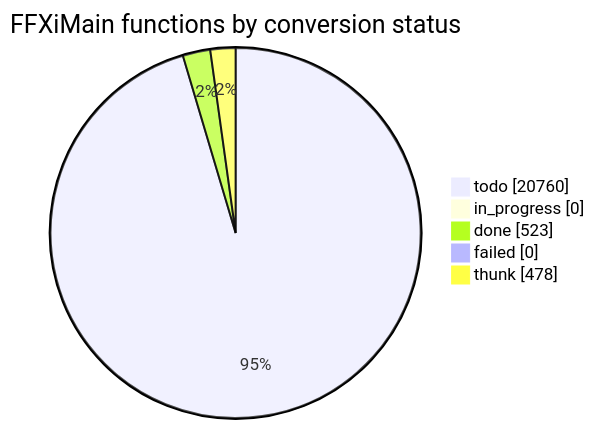
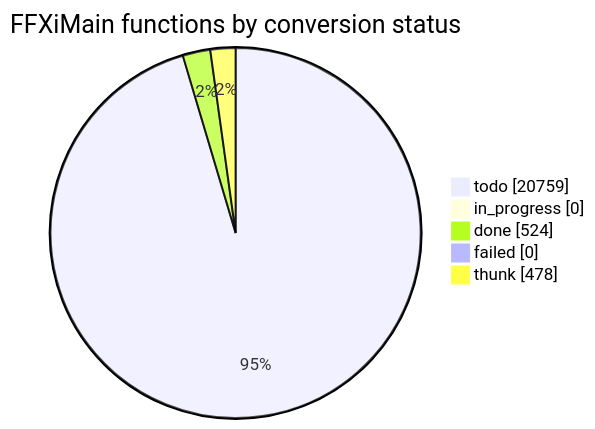
One commit to cowrevenge/cow_kuluu_xi_anything changed the diagram in docs/cow/STATUS.md. Above: the diagram before and after it, drawn with Mermaid. The commit also changed other lines of this file and 9 other files, not shown here.

````diff
--- a/docs/cow/STATUS.md
+++ b/docs/cow/STATUS.md
@@ -18,9 +18,9 @@
 ```mermaid
 pie showData
     title FFXiMain functions by conversion status
-    "todo" : 20760
+    "todo" : 20759
     "in_progress" : 0
-    "done" : 523
+    "done" : 524
     "failed" : 0
     "thunk" : 478
 ```
````
